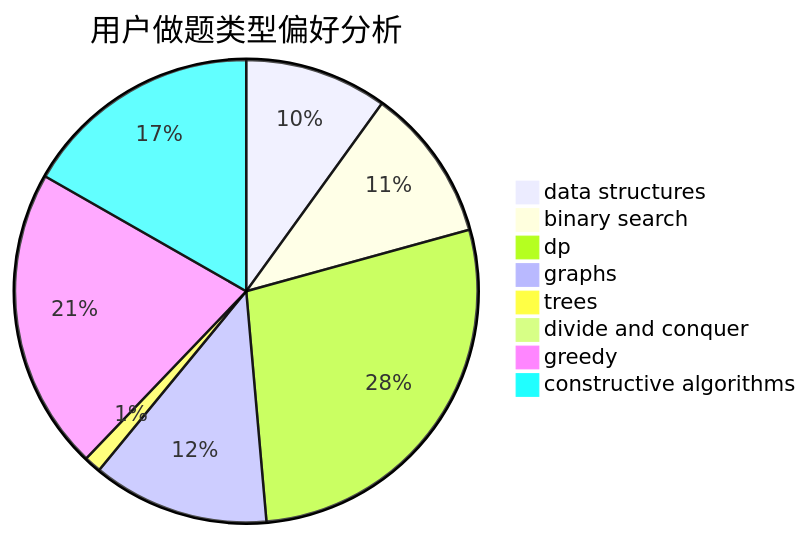
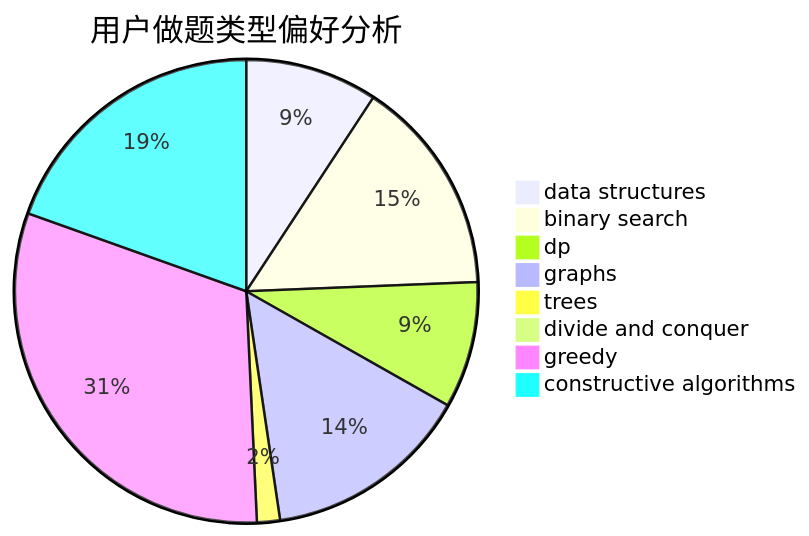
Before and after one commit to sherpahu/cfrs.github.io: the second of 3 diagrams in docs/user/u1991.md, drawn with Mermaid. The commit also changed other lines of this file and 2770 other files, not shown here.

````diff
--- a/docs/user/u1991.md
+++ b/docs/user/u1991.md
@@ -23,11 +23,11 @@
 ```mermaid
 pie title 用户做题类型偏好分析
-    "data structures" :  25
-    "binary search" :  27
-    "dp" :  70
-    "graphs" :  31
-    "trees" :  3
-    "divide and conquer" :  0
-    "greedy" :  53
-    "constructive algorithms" :  42
+    "data structures" :  69
+    "binary search" :  113
+    "dp" :  66
+    "graphs" :  108
+    "trees" :  12
+    "divide and conquer" :  2
+    "greedy" :  233
+    "constructive algorithms" :  146
 ```
````
